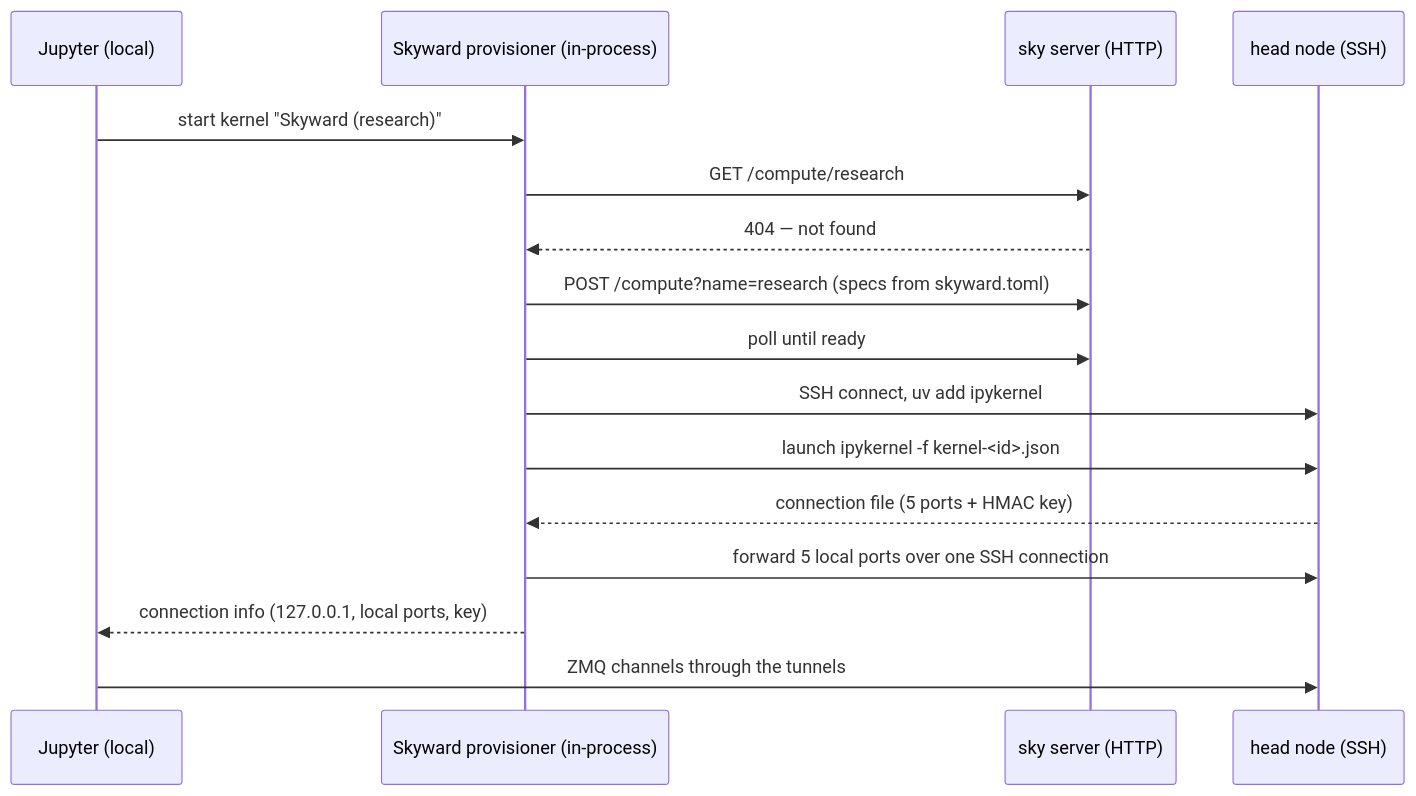
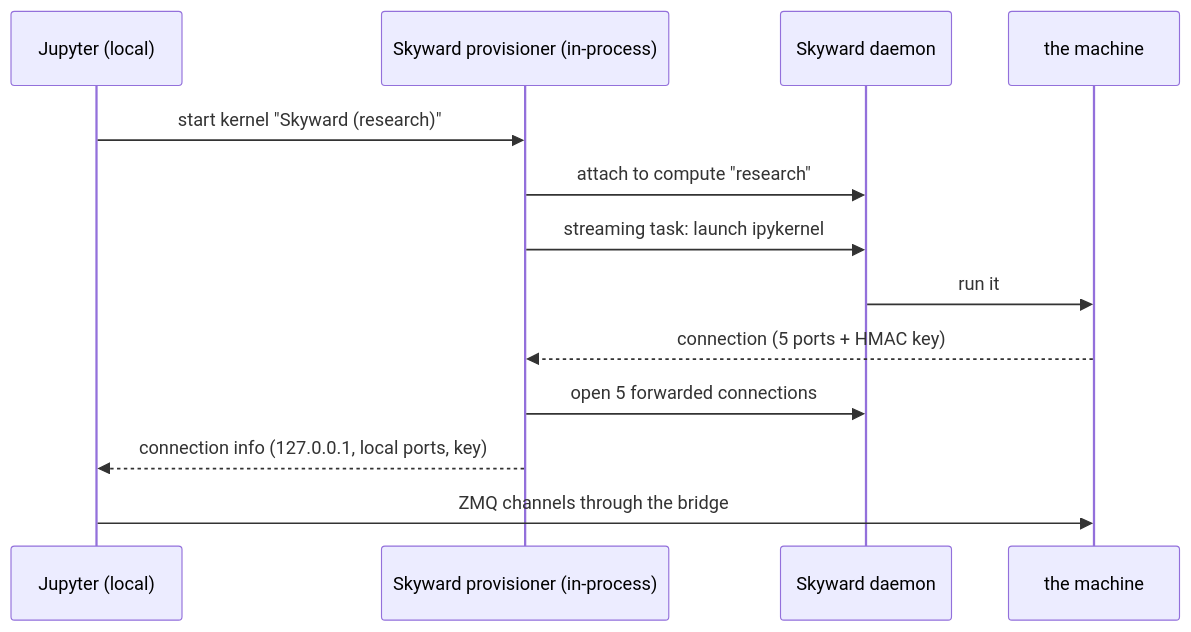
Before and after one commit to gabfssilva/skyward: the diagram in docs/notebook.md, drawn with Mermaid. The commit also changed other lines of this file and 128 other files, not shown here.

````diff
--- a/docs/notebook.md
+++ b/docs/notebook.md
@@ -17,19 +32,16 @@
 ```mermaid
 sequenceDiagram
     participant J as Jupyter (local)
     participant P as Skyward provisioner (in-process)
-    participant S as sky server (HTTP)
-    participant N as head node (SSH)
+    participant D as Skyward daemon
+    participant N as the machine
 
     J->>P: start kernel "Skyward (research)"
-    P->>S: GET /compute/research
-    S-->>P: 404 — not found
-    P->>S: POST /compute?name=research (specs from skyward.toml)
-    P->>S: poll until ready
-    P->>N: SSH connect, uv add ipykernel
-    P->>N: launch ipykernel -f kernel-<id>.json
-    N-->>P: connection file (5 ports + HMAC key)
-    P->>N: forward 5 local ports over one SSH connection
+    P->>D: attach to compute "research"
+    P->>D: streaming task: launch ipykernel
+    D->>N: run it
+    N-->>P: connection (5 ports + HMAC key)
+    P->>D: open 5 forwarded connections
     P-->>J: connection info (127.0.0.1, local ports, key)
-    J->>N: ZMQ channels through the tunnels
+    J->>N: ZMQ channels through the bridge
 ```
````
